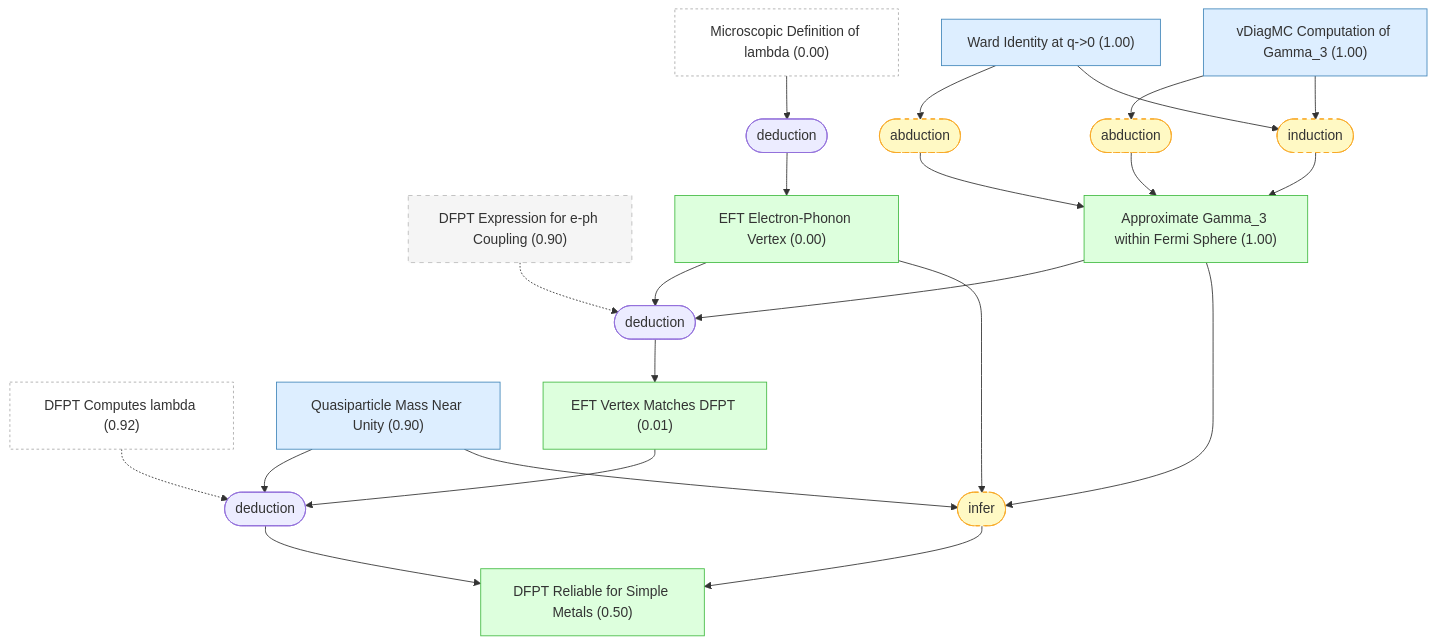
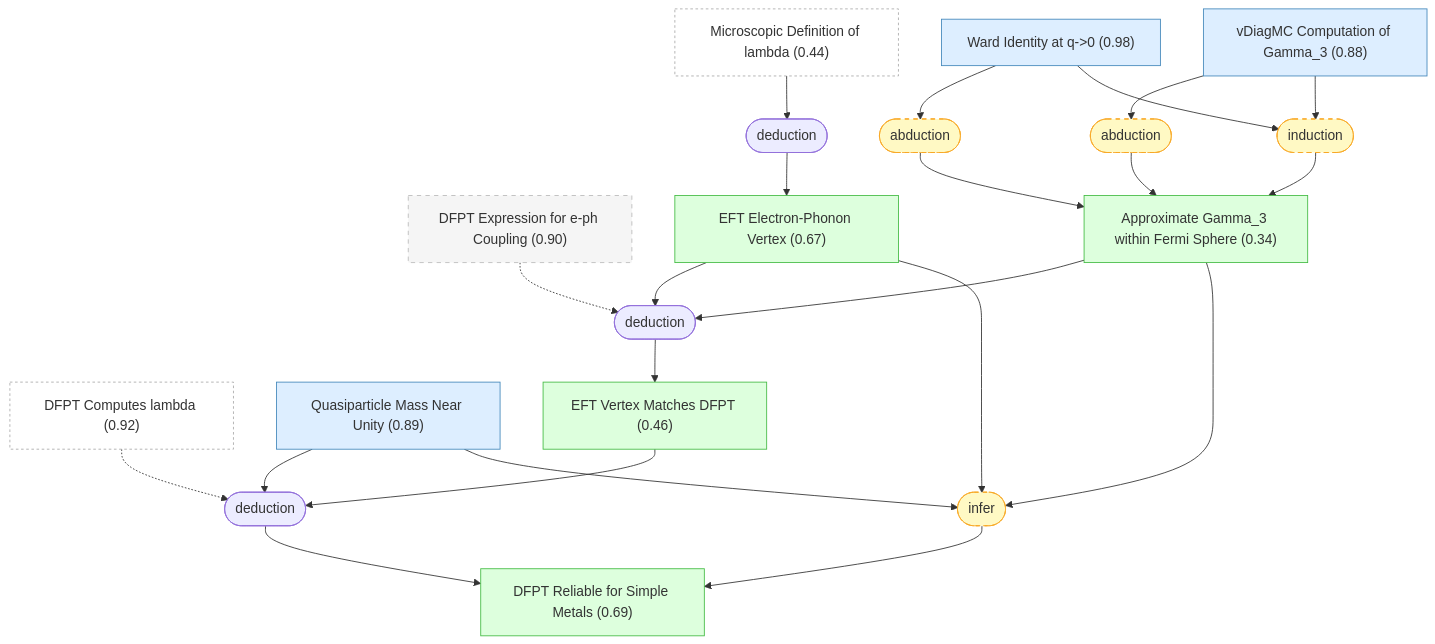
Before and after one commit to kunyuan/SuperconductivityElectronLiquids.gaia: the fifth of 6 diagrams in README.md, drawn with Mermaid. The commit also changed other lines of this file, not shown here.

````diff
--- a/README.md
+++ b/README.md
@@ -598,51 +598,51 @@
 ```mermaid
 graph TD
     dfpt_computes_lambda["DFPT Computes lambda (0.92)"]:::external
-    lambda_microscopic_definition["Microscopic Definition of lambda (0.00)"]:::external
-    ward_identity["Ward Identity at q->0 (1.00)"]:::premise
-    gamma3_vdiagmc["vDiagMC Computation of Gamma_3 (1.00)"]:::premise
+    lambda_microscopic_definition["Microscopic Definition of lambda (0.44)"]:::external
+    ward_identity["Ward Identity at q->0 (0.98)"]:::premise
+    gamma3_vdiagmc["vDiagMC Computation of Gamma_3 (0.88)"]:::premise
     dfpt_eph_ansatz["DFPT Expression for e-ph Coupling (0.90)"]:::background
-    quasiparticle_mass_near_unity["Quasiparticle Mass Near Unity (0.90)"]:::premise
-    eft_eph_vertex["EFT Electron-Phonon Vertex (0.00)"]:::derived
-    gamma3_approximation["Approximate Gamma_3 within Fermi Sphere (1.00)"]:::derived
-    eft_vertex_matches_dfpt["EFT Vertex Matches DFPT (0.01)"]:::derived
-    dfpt_reliable_for_simple_metals["DFPT Reliable for Simple Metals (0.50)"]:::derived
+    quasiparticle_mass_near_unity["Quasiparticle Mass Near Unity (0.89)"]:::premise
+    eft_eph_vertex["EFT Electron-Phonon Vertex (0.67)"]:::derived
+    gamma3_approximation["Approximate Gamma_3 within Fermi Sphere (0.34)"]:::derived
+    eft_vertex_matches_dfpt["EFT Vertex Matches DFPT (0.46)"]:::derived
+    dfpt_reliable_for_simple_metals["DFPT Reliable for Simple Metals (0.69)"]:::derived
     strat_12(["deduction"])
     lambda_microscopic_definition --> strat_12
     strat_12 --> eft_eph_vertex
     strat_13(["abduction"]):::weak
     ward_identity --> strat_13
     strat_13 --> gamma3_approximation
     strat_14(["abduction"]):::weak
     gamma3_vdiagmc --> strat_14
     strat_14 --> gamma3_approximation
     strat_15(["induction"]):::weak
     ward_identity --> strat_15
     gamma3_vdiagmc --> strat_15
     strat_15 --> gamma3_approximation
     strat_16(["deduction"])
     eft_eph_vertex --> strat_16
     gamma3_approximation --> strat_16
     dfpt_eph_ansatz -.-> strat_16
     strat_16 --> eft_vertex_matches_dfpt
     strat_17(["deduction"])
     eft_vertex_matches_dfpt --> strat_17
     quasiparticle_mass_near_unity --> strat_17
     dfpt_computes_lambda -.-> strat_17
     strat_17 --> dfpt_reliable_for_simple_metals
     strat_18(["infer"]):::weak
     eft_eph_vertex --> strat_18
     gamma3_approximation --> strat_18
     quasiparticle_mass_near_unity --> strat_18
     strat_18 --> dfpt_reliable_for_simple_metals
 
     classDef setting fill:#f0f0f0,stroke:#999,color:#333
     classDef premise fill:#ddeeff,stroke:#4488bb,color:#333
     classDef derived fill:#ddffdd,stroke:#44bb44,color:#333
     classDef question fill:#fff3dd,stroke:#cc9944,color:#333
     classDef background fill:#f5f5f5,stroke:#bbb,stroke-dasharray: 5 5,color:#333
     classDef orphan fill:#fff,stroke:#ccc,stroke-dasharray: 5 5,color:#333
     classDef external fill:#fff,stroke:#aaa,stroke-dasharray: 3 3,color:#333
     classDef weak fill:#fff9c4,stroke:#f9a825,stroke-dasharray: 5 5,color:#333
     classDef contra fill:#ffebee,stroke:#c62828,color:#333
 ```
````
